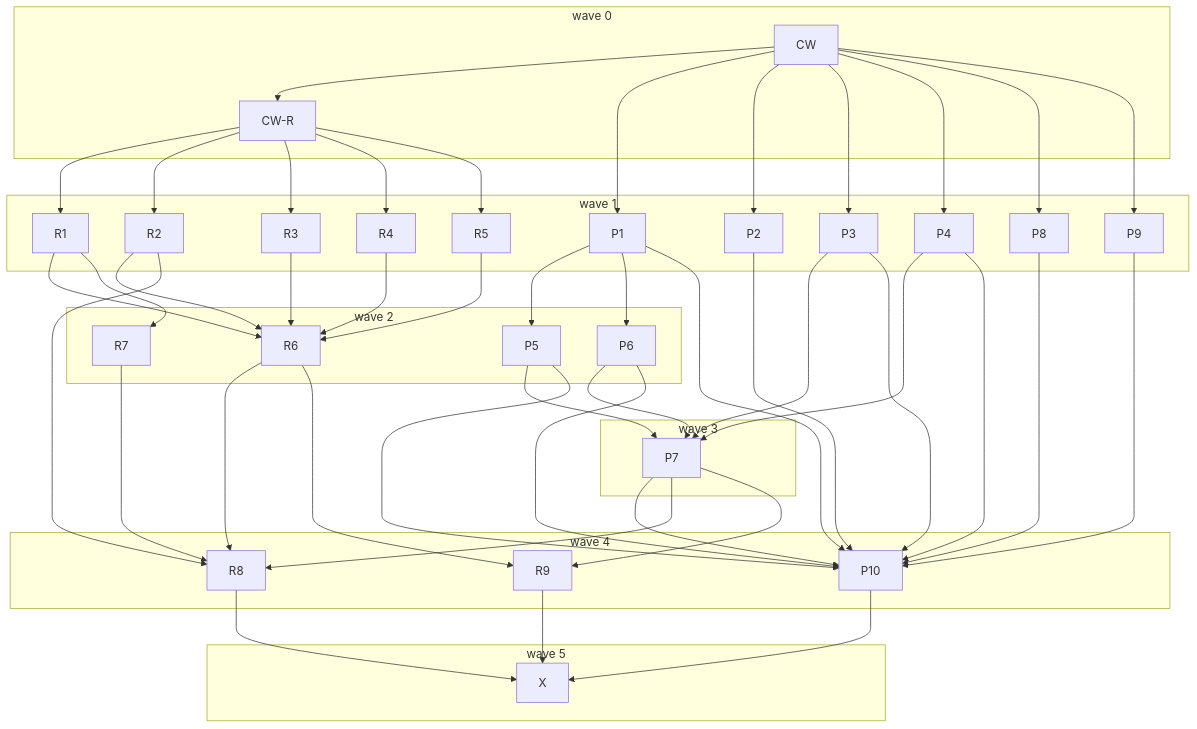
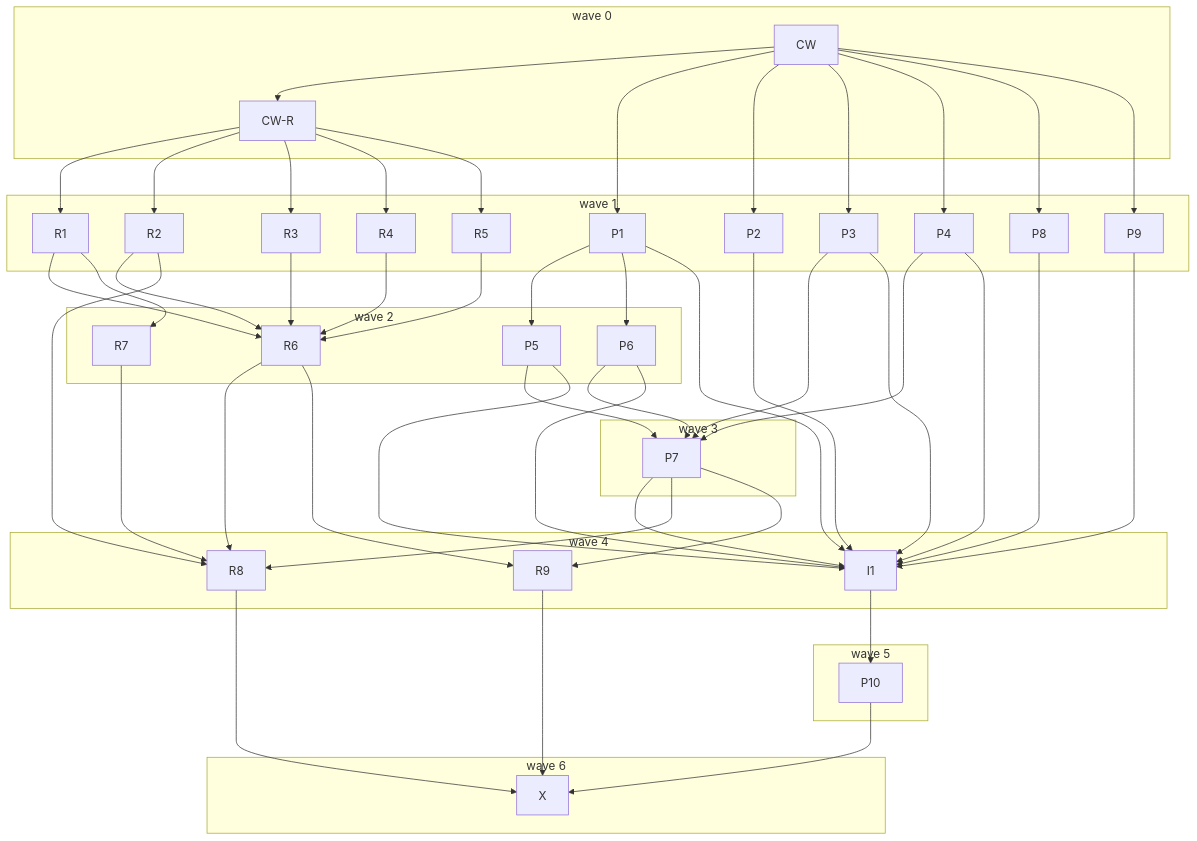
One commit to ocx-sh/ocx changed the diagram in .claude/artifacts/plan_vendor_rules_ocx.md. Above: the diagram before and after it, drawn with Mermaid. The commit also changed other lines of this file, not shown here.

````diff
--- a/.claude/artifacts/plan_vendor_rules_ocx.md
+++ b/.claude/artifacts/plan_vendor_rules_ocx.md
@@ -363,31 +365,35 @@
 ```mermaid
 graph TD
   subgraph W0[wave 0]
     CW --> CWR[CW-R]
   end
   subgraph W1[wave 1]
     P1; P2; P3; P4; P8; P9; R1; R2; R3; R4; R5
   end
   subgraph W2[wave 2]
     P5; P6; R6; R7
   end
   subgraph W3[wave 3]
     P7
   end
   subgraph W4[wave 4]
-    P10; R8; R9
+    I1; R8; R9
   end
   subgraph W5[wave 5]
+    P10
+  end
+  subgraph W6[wave 6]
     X
   end
   CW --> P1 & P2 & P3 & P4 & P8 & P9
   CWR --> R1 & R2 & R3 & R4 & R5
   P1 --> P5 & P6
   P3 & P4 & P5 & P6 --> P7
   R1 & R2 & R3 & R4 & R5 --> R6
   R1 --> R7
-  P1 & P2 & P3 & P4 & P5 & P6 & P7 & P8 & P9 --> P10
+  P1 & P2 & P3 & P4 & P5 & P6 & P7 & P8 & P9 --> I1
+  I1 --> P10
   R2 & R6 & R7 & P7 --> R8
   R6 & P7 --> R9
   P10 & R8 & R9 --> X
 ```
````
